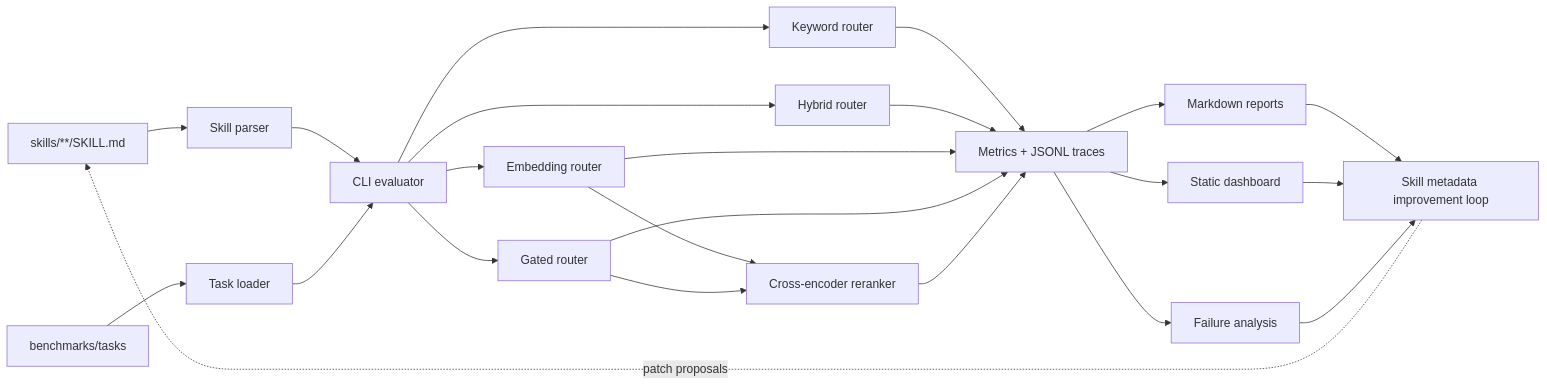
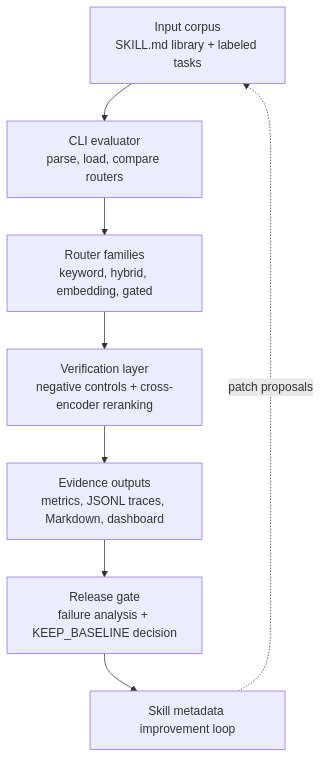
The first of 2 diagrams in README.md (Raidriar7170/hermes-skilleval), drawn with Mermaid before and after one commit. The commit also changed other lines of this file and 1 other file, not shown here.

Commit message:
docs: simplify README Mermaid diagrams

````diff
--- a/README.md
+++ b/README.md
@@ -221,29 +221,13 @@
 ```mermaid
-flowchart LR
-    skills["skills/**/SKILL.md"] --> parser["Skill parser"]
-    tasks["benchmarks/tasks"] --> loader["Task loader"]
-    parser --> evaluator["CLI evaluator"]
-    loader --> evaluator
+flowchart TD
+    source["Input corpus<br/>SKILL.md library + labeled tasks"]
+    eval["CLI evaluator<br/>parse, load, compare routers"]
+    routers["Router families<br/>keyword, hybrid, embedding, gated"]
+    rerank["Verification layer<br/>negative controls + cross-encoder reranking"]
+    evidence["Evidence outputs<br/>metrics, JSONL traces, Markdown, dashboard"]
+    gate["Release gate<br/>failure analysis + KEEP_BASELINE decision"]
+    improve["Skill metadata improvement loop"]
 
-    evaluator --> keyword["Keyword router"]
-    evaluator --> hybrid["Hybrid router"]
-    evaluator --> embedding["Embedding router"]
-    evaluator --> gated["Gated router"]
-
-    embedding --> cross["Cross-encoder reranker"]
-    gated --> cross
-
-    keyword --> traces["Metrics + JSONL traces"]
-    hybrid --> traces
-    embedding --> traces
-    gated --> traces
-    cross --> traces
-
-    traces --> reports["Markdown reports"]
-    traces --> dashboard["Static dashboard"]
-    traces --> failure["Failure analysis"]
-    reports --> improvement["Skill metadata improvement loop"]
-    dashboard --> improvement
-    failure --> improvement
-    improvement -. patch proposals .-> skills
+    source --> eval --> routers --> rerank --> evidence --> gate --> improve
+    improve -. patch proposals .-> source
 ```
````
